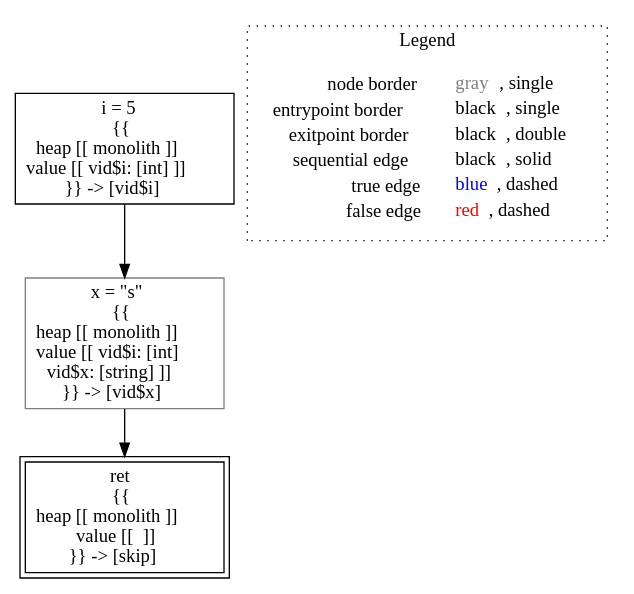
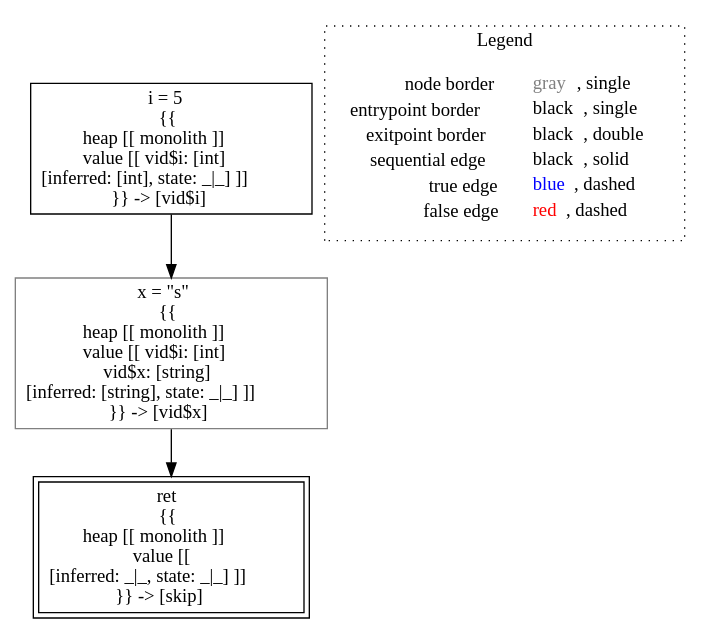
The diagram in lisa/imp-testcases/type-inference/typing___untyped_typing.test1().dot (lisa-analyzer/lisa), drawn with Graphviz before and after one commit. The commit also changed 6 other files, not shown here.

```diff
--- a/lisa/imp-testcases/type-inference/typing___untyped_typing.test1().dot
+++ b/lisa/imp-testcases/type-inference/typing___untyped_typing.test1().dot
@@ -1,14 +1,14 @@
 digraph {
-	"node0" [shape="rect",color="black",label=<i = 5<BR/>{{<BR/>heap [[ monolith ]]<BR/>value [[ vid$i: [int] ]]<BR/>}} -&gt; [vid$i]>];
-	"node1" [shape="rect",color="gray",label=<x = &quot;s&quot;<BR/>{{<BR/>heap [[ monolith ]]<BR/>value [[ vid$i: [int]<BR/>vid$x: [string] ]]<BR/>}} -&gt; [vid$x]>];
-	"node2" [shape="rect",color="black",peripheries="2",label=<ret<BR/>{{<BR/>heap [[ monolith ]]<BR/>value [[  ]]<BR/>}} -&gt; [skip]>];
+	"node0" [shape="rect",color="black",label=<i = 5<BR/>{{<BR/>heap [[ monolith ]]<BR/>value [[ vid$i: [int]<BR/>[inferred: [int], state: _|_] ]]<BR/>}} -&gt; [vid$i]>];
+	"node1" [shape="rect",color="gray",label=<x = &quot;s&quot;<BR/>{{<BR/>heap [[ monolith ]]<BR/>value [[ vid$i: [int]<BR/>vid$x: [string]<BR/>[inferred: [string], state: _|_] ]]<BR/>}} -&gt; [vid$x]>];
+	"node2" [shape="rect",color="black",peripheries="2",label=<ret<BR/>{{<BR/>heap [[ monolith ]]<BR/>value [[ <BR/>[inferred: _|_, state: _|_] ]]<BR/>}} -&gt; [skip]>];
 	"node1" -> "node2" [color="black"];
 	"node0" -> "node1" [color="black"];
 subgraph cluster_legend {
 	label="Legend";
 	style=dotted;
 	node [shape=plaintext];
 	"legend" [label=<<table border="0" cellpadding="2" cellspacing="0" cellborder="0"><tr><td align="right">node border&nbsp;</td><td align="left"><font color="gray">gray</font>, single</td></tr><tr><td align="right">entrypoint border&nbsp;</td><td align="left"><font color="black">black</font>, single</td></tr><tr><td align="right">exitpoint border&nbsp;</td><td align="left"><font color="black">black</font>, double</td></tr><tr><td align="right">sequential edge&nbsp;</td><td align="left"><font color="black">black</font>, solid</td></tr><tr><td align="right">true edge&nbsp;</td><td align="left"><font color="blue">blue</font>, dashed</td></tr><tr><td align="right">false edge&nbsp;</td><td align="left"><font color="red">red</font>, dashed</td></tr></table>>];
 }
 
 }
```
